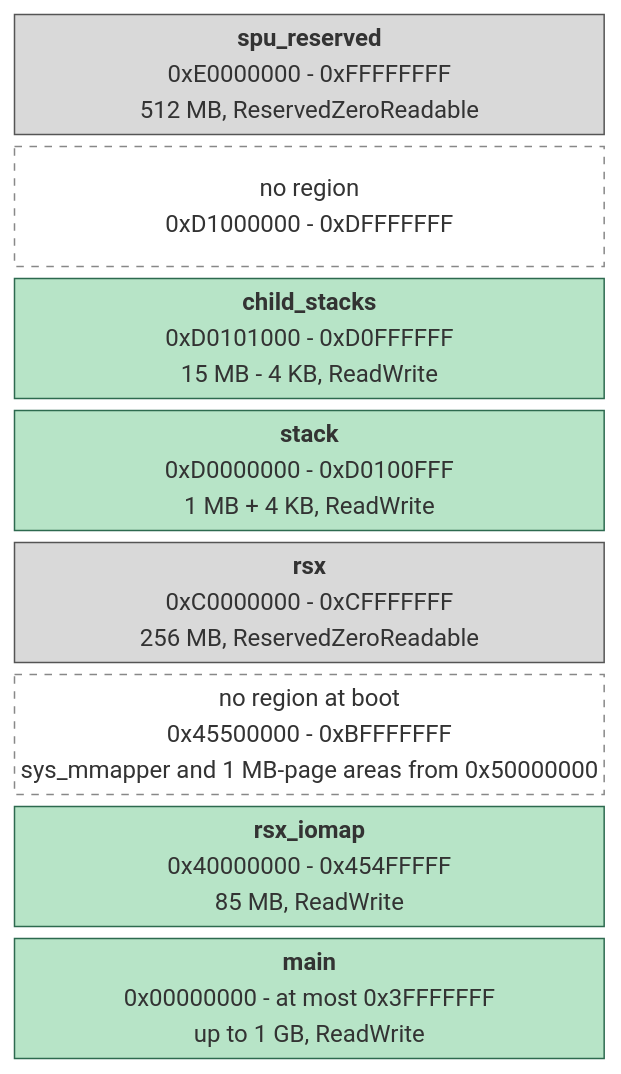
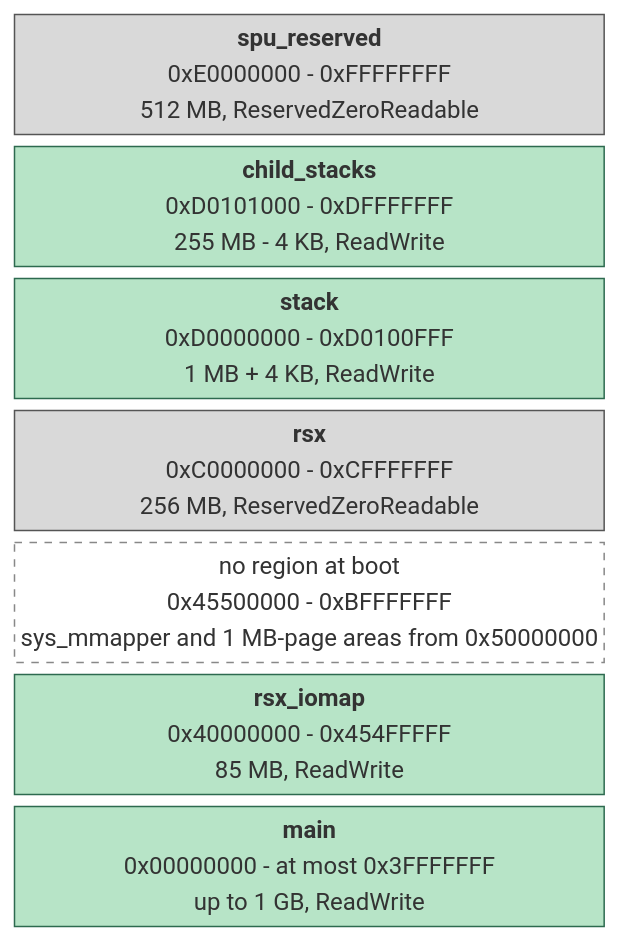
Before and after one commit to RoyalAce22/CellGov: the first of 3 diagrams in docs/architecture/guest_memory.md, drawn with Mermaid (neutral theme). The commit also changed other lines of this file and 29 other files, not shown here.

````diff
--- a/docs/architecture/guest_memory.md
+++ b/docs/architecture/guest_memory.md
@@ -22,19 +22,18 @@
 ```mermaid
 block-beta
   columns 1
   spu["<b>spu_reserved</b><br/>0xE0000000 - 0xFFFFFFFF<br/>512 MB, ReservedZeroReadable"]
-  gap2["no region<br/>0xD1000000 - 0xDFFFFFFF"]
-  child["<b>child_stacks</b><br/>0xD0101000 - 0xD0FFFFFF<br/>15 MB - 4 KB, ReadWrite"]
+  child["<b>child_stacks</b><br/>0xD0101000 - 0xDFFFFFFF<br/>255 MB - 4 KB, ReadWrite"]
   stack["<b>stack</b><br/>0xD0000000 - 0xD0100FFF<br/>1 MB + 4 KB, ReadWrite"]
   rsx["<b>rsx</b><br/>0xC0000000 - 0xCFFFFFFF<br/>256 MB, ReservedZeroReadable"]
   gap1["no region at boot<br/>0x45500000 - 0xBFFFFFFF<br/>sys_mmapper and 1 MB-page areas from 0x50000000"]
   iomap["<b>rsx_iomap</b><br/>0x40000000 - 0x454FFFFF<br/>85 MB, ReadWrite"]
   main["<b>main</b><br/>0x00000000 - at most 0x3FFFFFFF<br/>up to 1 GB, ReadWrite"]
 
   classDef rw fill:#b7e4c7,stroke:#2d6a4f,color:#000
   classDef reserved fill:#d9d9d9,stroke:#555,color:#000
   classDef gap fill:none,stroke:#888,stroke-dasharray:5 5,color:#888
   class main,iomap,stack,child rw
   class rsx,spu reserved
-  class gap1,gap2 gap
+  class gap1 gap
 ```
````
